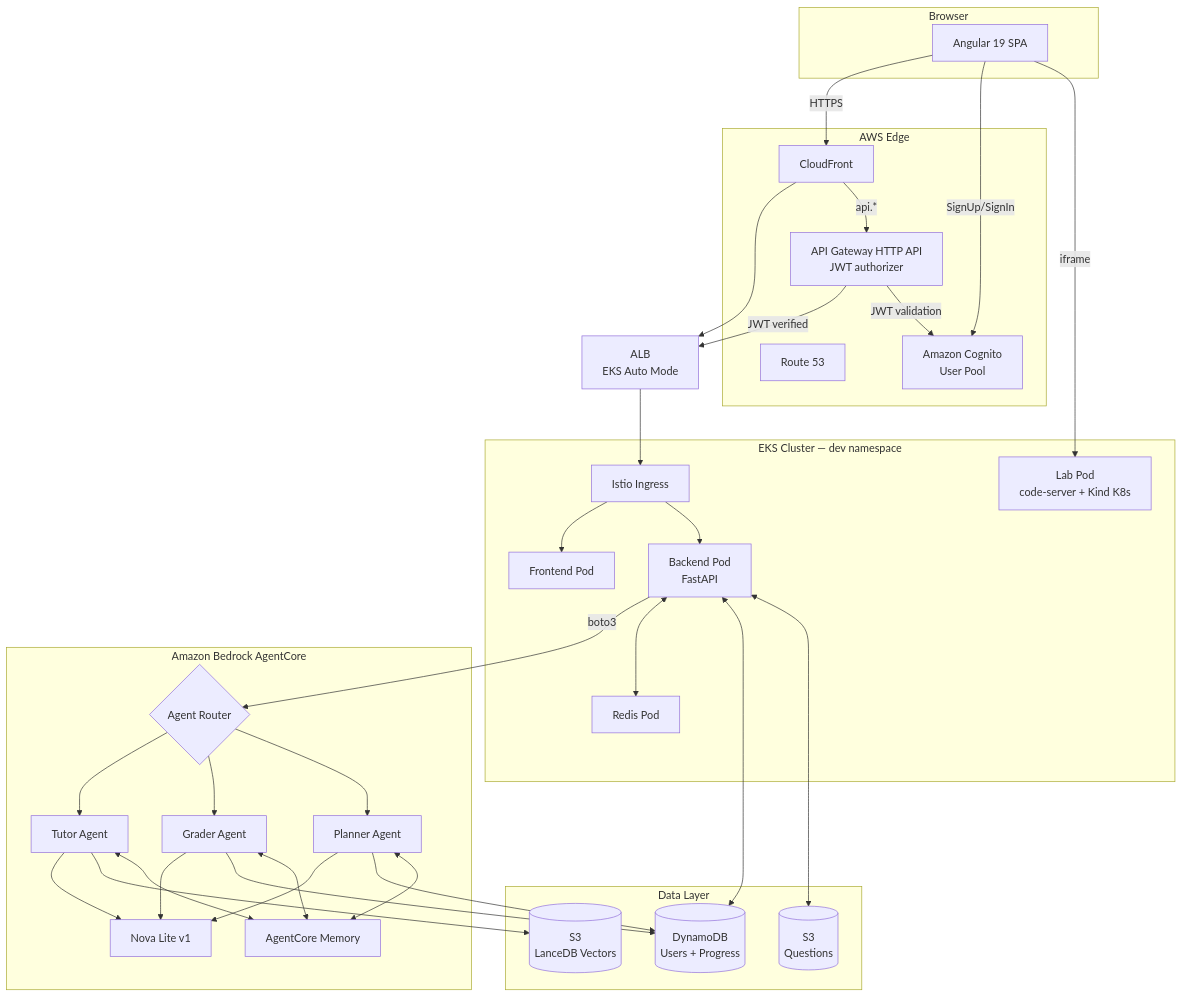
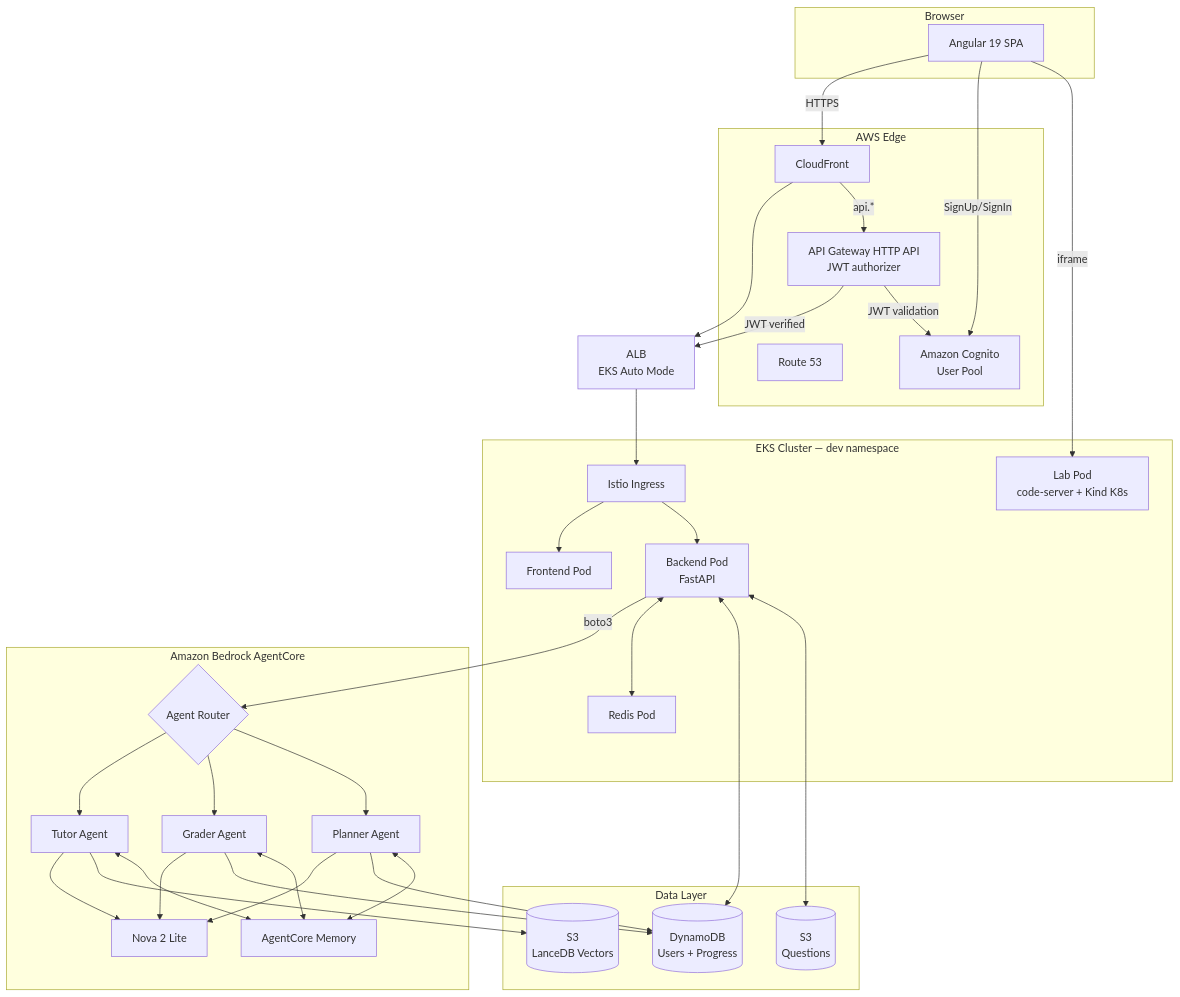
The second of 6 diagrams in README.md (mohamedsorour1998/RosettaCloud), drawn with Mermaid before and after one commit. The commit also changed other lines of this file and 3 other files, not shown here.

First line of the commit message:
feat(agents): upgrade to Amazon Nova 2 Lite from Nova Lite v1

````diff
--- a/README.md
+++ b/README.md
@@ -123,58 +123,58 @@
 ```mermaid
 graph TB
     subgraph Client["Browser"]
         UI[Angular 19 SPA]
     end
 
     subgraph CDN["AWS Edge"]
         CF[CloudFront]
         R53[Route 53]
         AGW[API Gateway HTTP API<br/>JWT authorizer]
         Cognito[Amazon Cognito<br/>User Pool]
     end
 
     subgraph K8S["EKS Cluster — dev namespace"]
         Istio[Istio Ingress]
         FE[Frontend Pod]
         BE[Backend Pod<br/>FastAPI]
         Redis[Redis Pod]
         Lab[Lab Pod<br/>code-server + Kind K8s]
     end
 
     subgraph AI["Amazon Bedrock AgentCore"]
         Router{Agent Router}
         Tutor[Tutor Agent]
         Grader[Grader Agent]
         Planner[Planner Agent]
         Memory[AgentCore Memory]
-        Nova[Nova Lite v1]
+        Nova[Nova 2 Lite]
     end
 
     subgraph Data["Data Layer"]
         DDB[(DynamoDB<br/>Users + Progress)]
         S3Q[(S3<br/>Questions)]
         S3V[(S3<br/>LanceDB Vectors)]
     end
 
     UI -->|HTTPS| CF
     CF --> ALB[ALB<br/>EKS Auto Mode]
     CF -->|api.*| AGW
     AGW -->|JWT verified| ALB
     ALB --> Istio
     Istio --> FE
     Istio --> BE
     UI -->|SignUp/SignIn| Cognito
     AGW -->|JWT validation| Cognito
     BE -->|boto3| Router
     BE <--> Redis
     BE <--> DDB
     BE <--> S3Q
     Router --> Tutor
     Router --> Grader
     Router --> Planner
     Tutor & Grader & Planner --> Nova
     Tutor --> S3V
     Grader & Planner --> DDB
     Tutor & Grader & Planner <--> Memory
     UI -->|iframe| Lab
 ```
````
